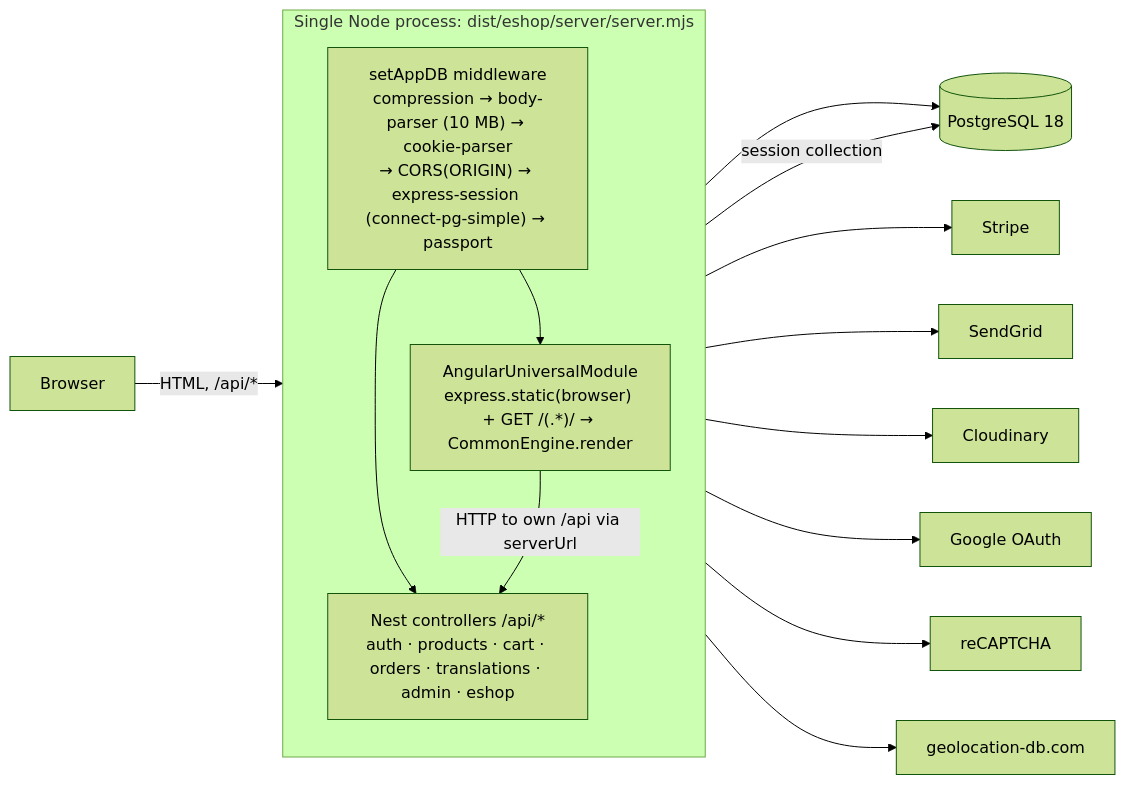
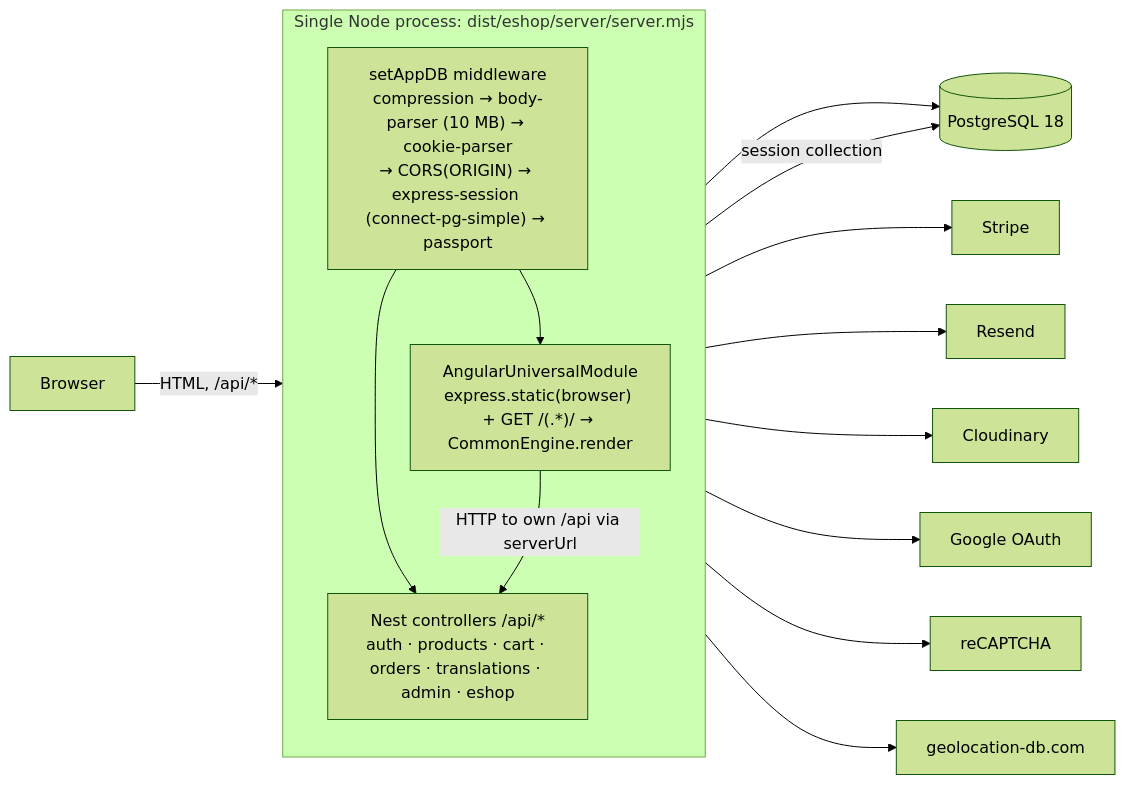
One commit to pararell/eshop_mean changed the first of 2 diagrams in docs/architecture.md. Above: the diagram before and after it, drawn with Mermaid (forest theme). The commit also changed other lines of this file and 20 other files, not shown here.

````diff
--- a/docs/architecture.md
+++ b/docs/architecture.md
@@ -12,21 +12,21 @@
 ```mermaid
 flowchart LR
   B[Browser] -->|HTML, /api/*| N
   subgraph N[Single Node process: dist/eshop/server/server.mjs]
     direction TB
     MW["setAppDB middleware<br/>compression → body-parser (10 MB) → cookie-parser<br/>→ CORS(ORIGIN) → express-session (connect-pg-simple) → passport"]
     API["Nest controllers /api/*<br/>auth · products · cart · orders · translations · admin · eshop"]
     SSR["AngularUniversalModule<br/>express.static(browser) + GET /(.*)/ → CommonEngine.render"]
     MW --> API
     MW --> SSR
   end
   API --> M[(PostgreSQL 18)]
   MW -->|session collection| M
   SSR -->|HTTP to own /api via serverUrl| API
   API --> S[Stripe]
-  API --> SG[SendGrid]
+  API --> SG[Resend]
   API --> C[Cloudinary]
   API --> G[Google OAuth]
   API --> R[reCAPTCHA]
   API --> GEO[geolocation-db.com]
 ```
````
